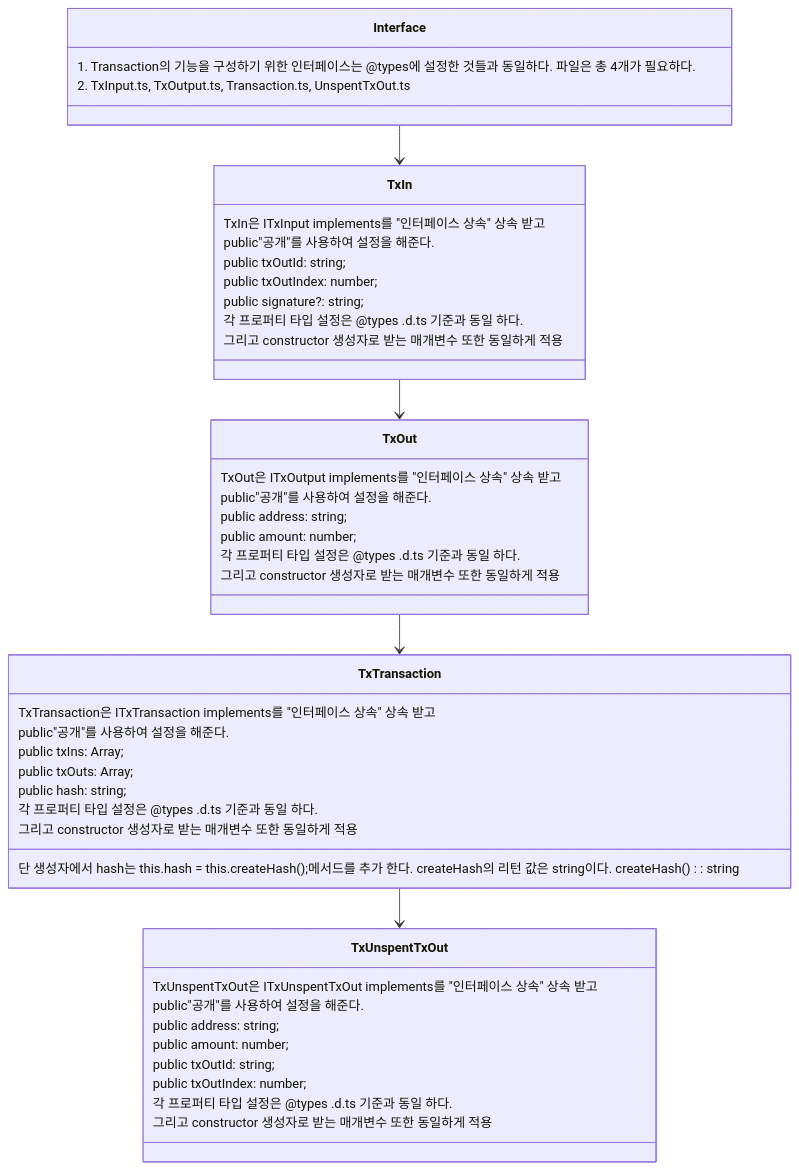
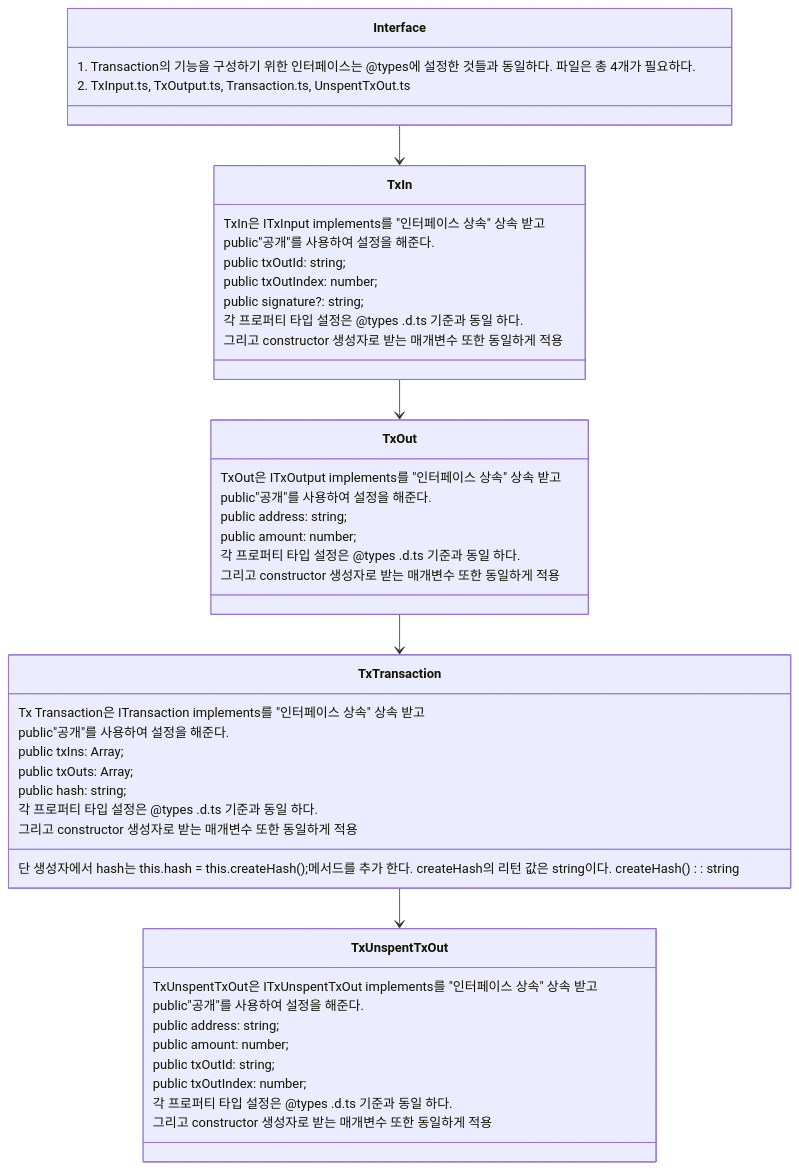
Before and after one commit to HGWA333/Block: the second of 3 diagrams in chain/block020/block/ReadMe.md, drawn with Mermaid. The commit also changed other lines of this file, not shown here.

````diff
--- a/chain/block020/block/ReadMe.md
+++ b/chain/block020/block/ReadMe.md
@@ -55,49 +55,49 @@
 ```mermaid
 classDiagram
 Interface --> Tx In
 Tx In --> Tx Out
 Tx Out --> Tx Transaction
 Tx Transaction --> Tx UnspentTxOut
 class Interface{
 1. Transaction의 기능을 구성하기 위한 인터페이스는 @types에 설정한 것들과 동일하다. 파일은 총 4개가 필요하다.
 2. TxInput.ts, TxOutput.ts, Transaction.ts, UnspentTxOut.ts
 }
 class Tx In{
 TxIn은 ITxInput implements를 "인터페이스 상속" 상속 받고
 public"공개"를 사용하여 설정을 해준다.
 public txOutId: string;
 public txOutIndex: number;
 public signature?: string;
 각 프로퍼티 타입 설정은 @types .d.ts 기준과 동일 하다.
 그리고 constructor 생성자로 받는 매개변수 또한 동일하게 적용
 }
 class Tx Out{
 TxOut은 ITxOutput implements를 "인터페이스 상속" 상속 받고
 public"공개"를 사용하여 설정을 해준다.
 public address: string;
 public amount: number;
 각 프로퍼티 타입 설정은 @types .d.ts 기준과 동일 하다.
 그리고 constructor 생성자로 받는 매개변수 또한 동일하게 적용
 }
 class Tx Transaction{
-TxTransaction은 ITxTransaction implements를 "인터페이스 상속" 상속 받고
+Tx Transaction은 ITransaction implements를 "인터페이스 상속" 상속 받고
 public"공개"를 사용하여 설정을 해준다.
 public txIns: Array<ITxInput>;
 public txOuts: Array<ITxOutput>;
 public hash: string;
 각 프로퍼티 타입 설정은 @types .d.ts 기준과 동일 하다.
 그리고 constructor 생성자로 받는 매개변수 또한 동일하게 적용
 단 생성자에서 hash는 this.hash = this.createHash();메서드를 추가 한다. createHash의 리턴 값은 string이다. createHash(): string
 }
 class Tx UnspentTxOut{
 TxUnspentTxOut은 ITxUnspentTxOut implements를 "인터페이스 상속" 상속 받고
 public"공개"를 사용하여 설정을 해준다.
 public address: string;
 public amount: number;
 public txOutId: string;
 public txOutIndex: number;
 각 프로퍼티 타입 설정은 @types .d.ts 기준과 동일 하다.
 그리고 constructor 생성자로 받는 매개변수 또한 동일하게 적용
 }
 
 ```
````
